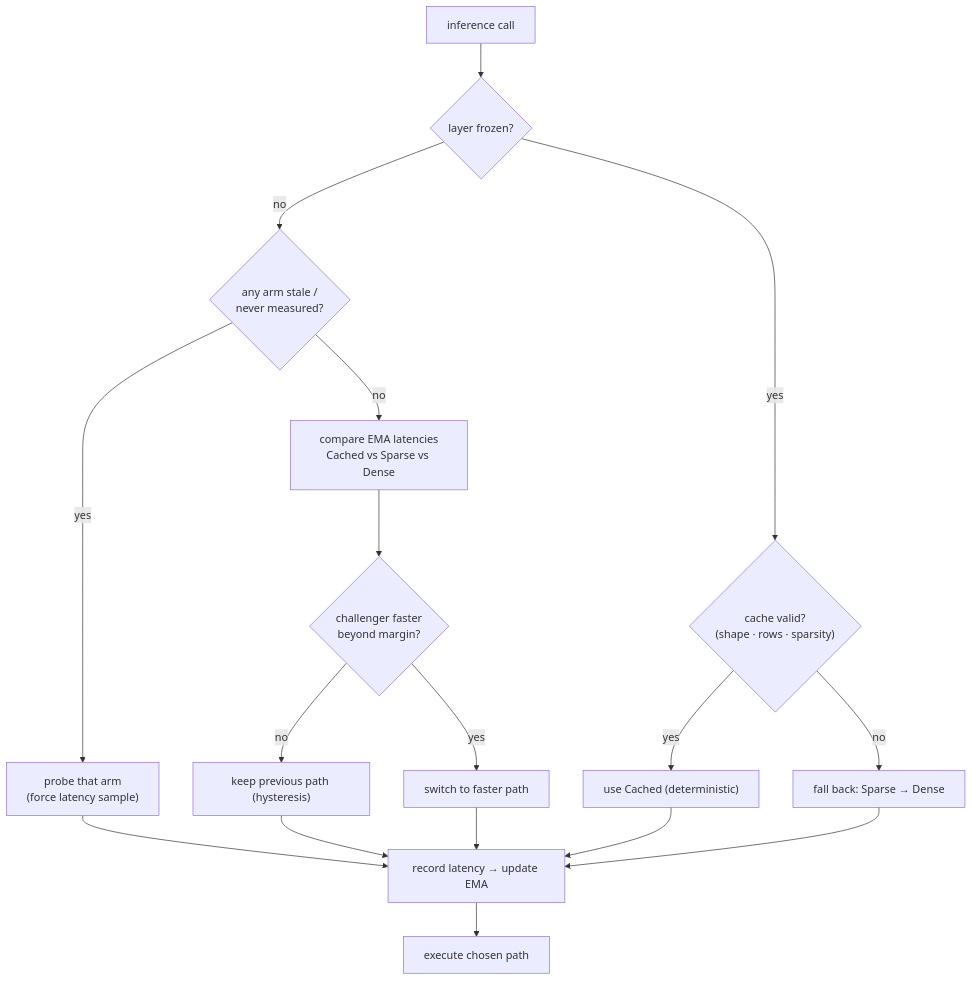
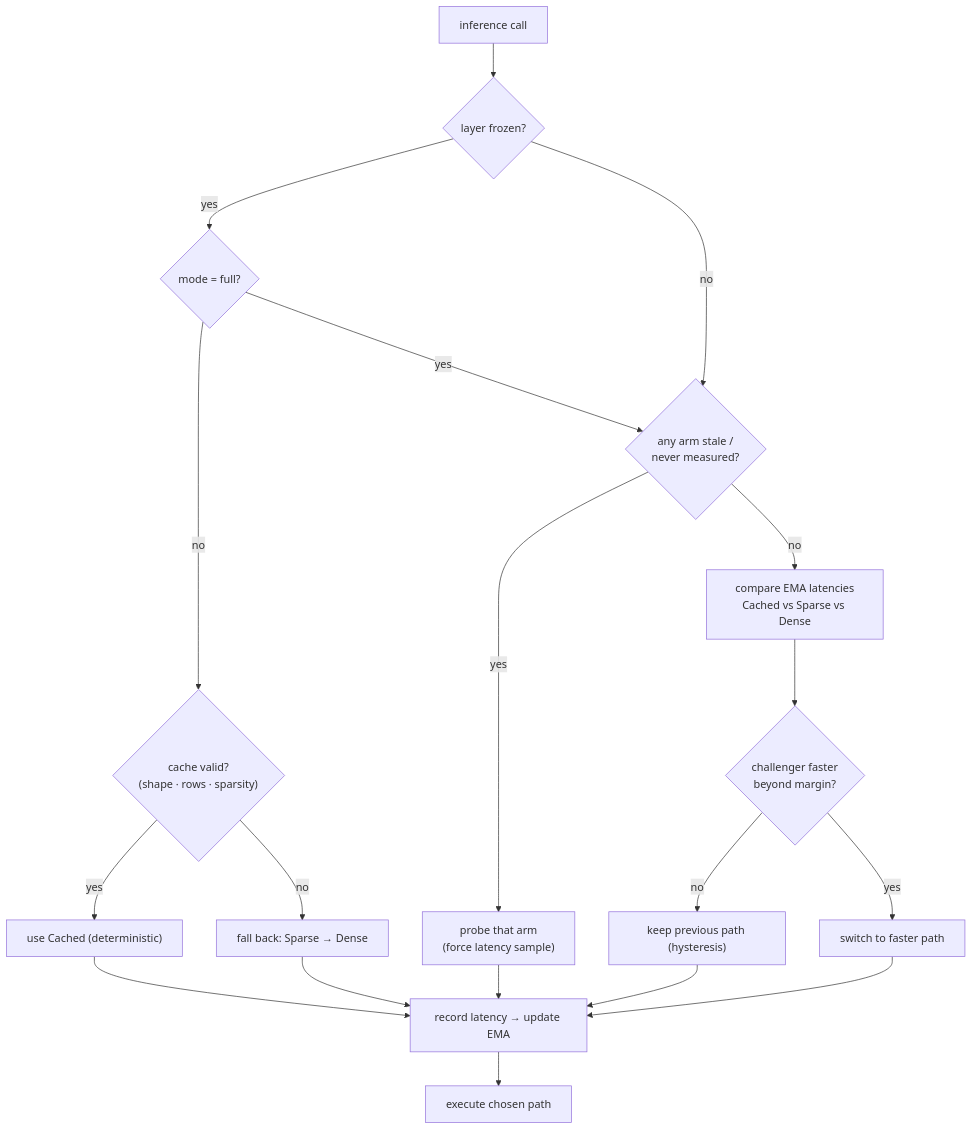
The second of 4 diagrams in README.md (zayokami/Talos-XII), drawn with Mermaid before and after one commit. The commit also changed other lines of this file and 4 other files, not shown here.

````diff
--- a/README.md
+++ b/README.md
@@ -187,20 +187,22 @@
 ```mermaid
 flowchart TD
     CALL["inference call"] --> FROZEN{"layer frozen?"}
-    FROZEN -- yes --> CV{"cache valid?<br/>(shape · rows · sparsity)"}
+    FROZEN -- yes --> MODE{"mode = full?"}
+    MODE -- no --> CV{"cache valid?<br/>(shape · rows · sparsity)"}
+    MODE -- yes --> PROBE
     CV -- yes --> USEC["use Cached (deterministic)"]
     CV -- no --> FB["fall back: Sparse → Dense"]
 
     FROZEN -- no --> PROBE{"any arm stale /<br/>never measured?"}
     PROBE -- yes --> DOPROBE["probe that arm<br/>(force latency sample)"]
     PROBE -- no --> SCORE["compare EMA latencies<br/>Cached vs Sparse vs Dense"]
     SCORE --> HYST{"challenger faster<br/>beyond margin?"}
     HYST -- no --> KEEP["keep previous path (hysteresis)"]
     HYST -- yes --> SWITCH["switch to faster path"]
     DOPROBE --> REC["record latency → update EMA"]
     KEEP --> REC
     SWITCH --> REC
     USEC --> REC
     FB --> REC
     REC --> DONE["execute chosen path"]
 ```
````
